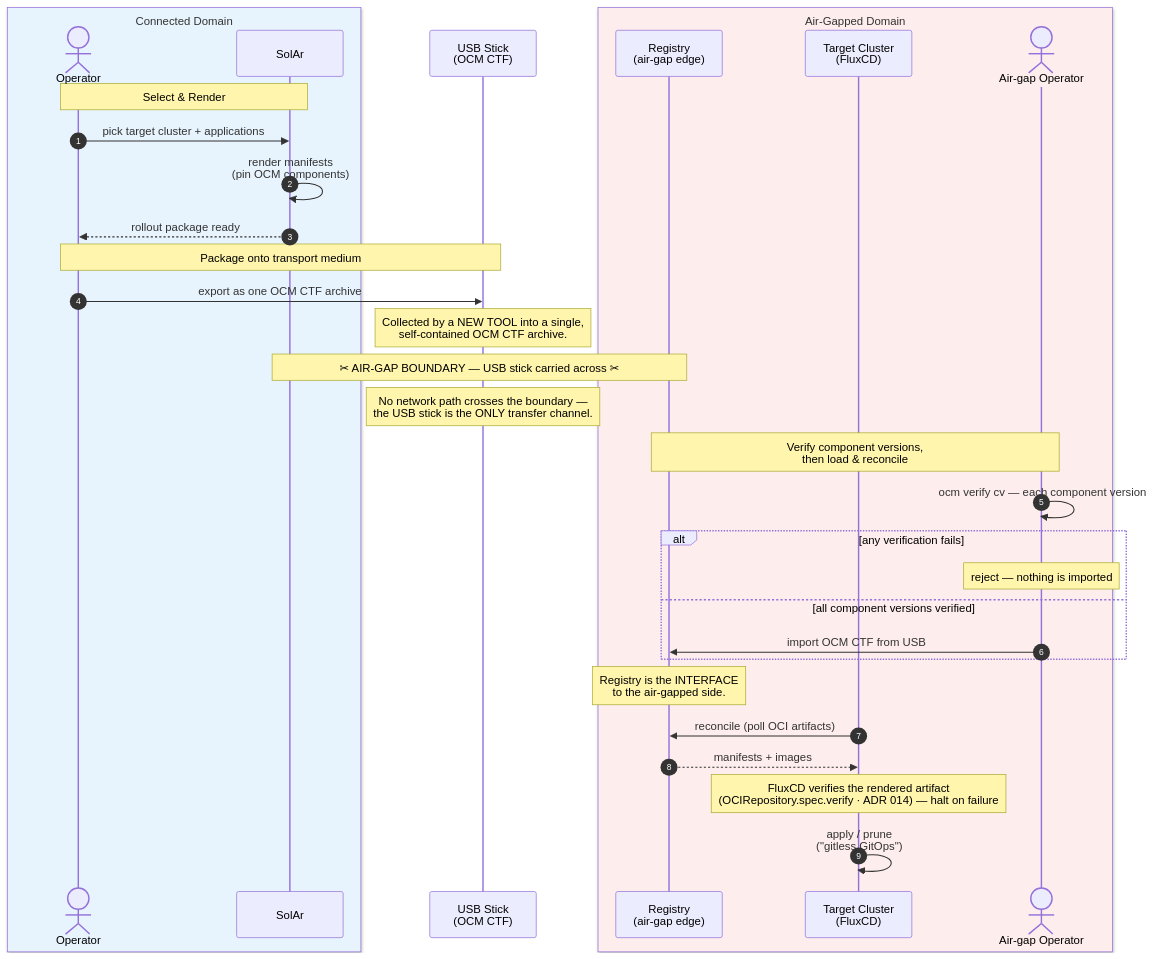
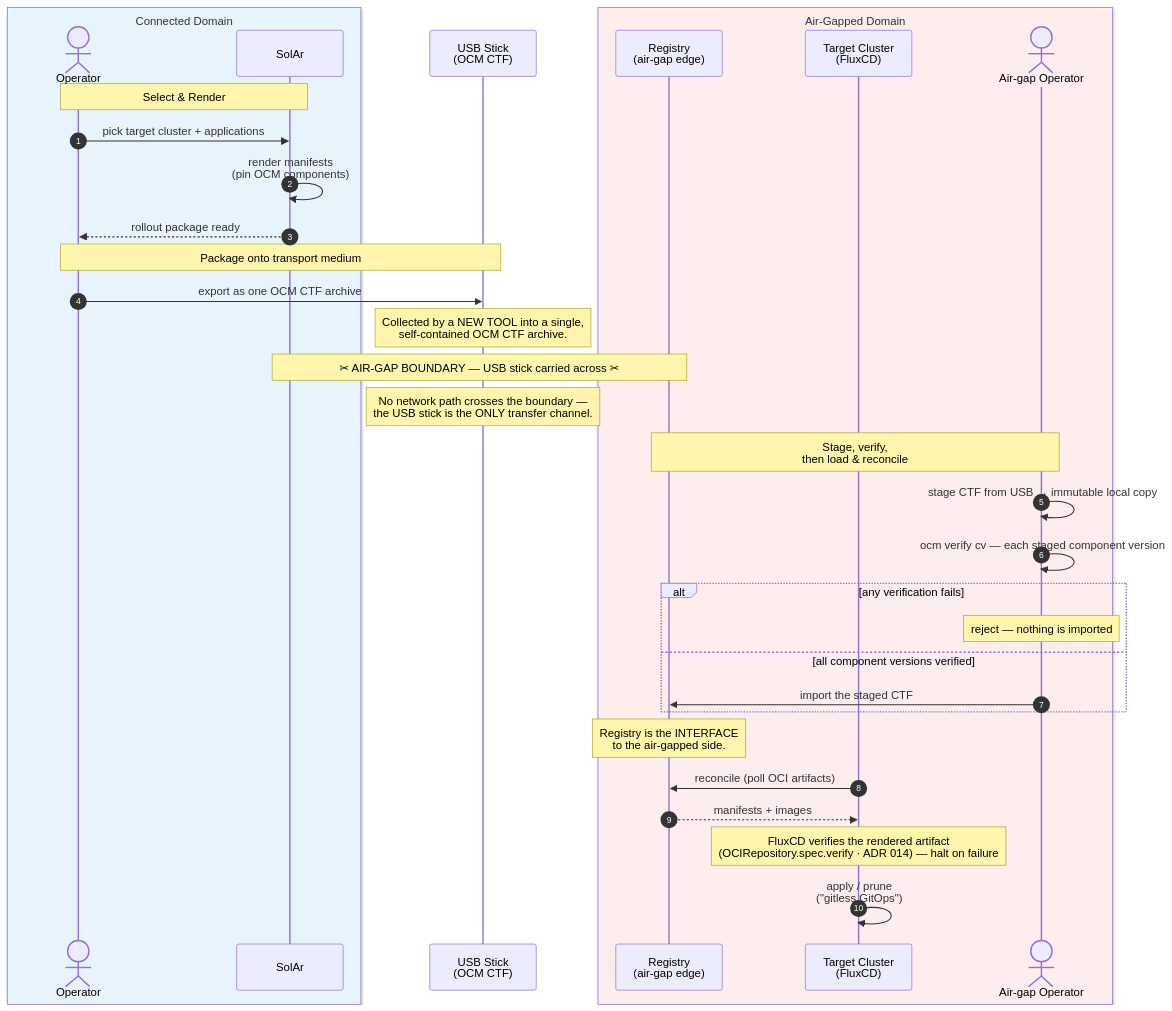
One commit to opendefensecloud/solution-arsenal changed the second of 2 diagrams in docs/developer-guide/adrs/016-airgapped-catalog-chaining.md. Above: the diagram before and after it, drawn with Mermaid. The commit also changed other lines of this file and 2 other files, not shown here.

Commit message:
docs(adr-016): stage CTF to immutable snapshot before verify+import (TOCTOU)

````diff
--- a/docs/developer-guide/adrs/016-airgapped-catalog-chaining.md
+++ b/docs/developer-guide/adrs/016-airgapped-catalog-chaining.md
@@ -219,42 +224,43 @@
 ```mermaid
 sequenceDiagram
     autonumber
 
     box rgb(232,244,253) Connected Domain
         actor User as Operator
         participant SolAr as SolAr
     end
 
     participant USB as USB Stick<br/>(OCM CTF)
 
     box rgb(253,237,236) Air-Gapped Domain
         participant Reg as Registry<br/>(air-gap edge)
         participant Cluster as Target Cluster<br/>(FluxCD)
         actor Ops as Air-gap Operator
     end
 
     Note over User,SolAr: Select & Render
     User->>SolAr: pick target cluster + applications
     SolAr->>SolAr: render manifests<br/>(pin OCM components)
     SolAr-->>User: rollout package ready
 
     Note over User,USB: Package onto transport medium
     User->>USB: export as one OCM CTF archive
     Note over USB: Collected by a NEW TOOL into a single,<br/>self-contained OCM CTF archive.
 
     Note over SolAr,Reg: ✂ AIR-GAP BOUNDARY — USB stick carried across ✂
     Note over USB: No network path crosses the boundary —<br/>the USB stick is the ONLY transfer channel.
 
-    Note over Reg,Ops: Verify component versions,<br/>then load & reconcile
-    Ops->>Ops: ocm verify cv — each component version
+    Note over Reg,Ops: Stage, verify,<br/>then load & reconcile
+    Ops->>Ops: stage CTF from USB → immutable local copy
+    Ops->>Ops: ocm verify cv — each staged component version
     alt any verification fails
         Note over Ops: reject — nothing is imported
     else all component versions verified
-        Ops->>Reg: import OCM CTF from USB
+        Ops->>Reg: import the staged CTF
     end
     Note over Reg: Registry is the INTERFACE<br/>to the air-gapped side.
     Cluster->>Reg: reconcile (poll OCI artifacts)
     Reg-->>Cluster: manifests + images
     Note over Cluster: FluxCD verifies the rendered artifact<br/>(OCIRepository.spec.verify · ADR 014) — halt on failure
     Cluster->>Cluster: apply / prune<br/>("gitless GitOps")
 ```
````
